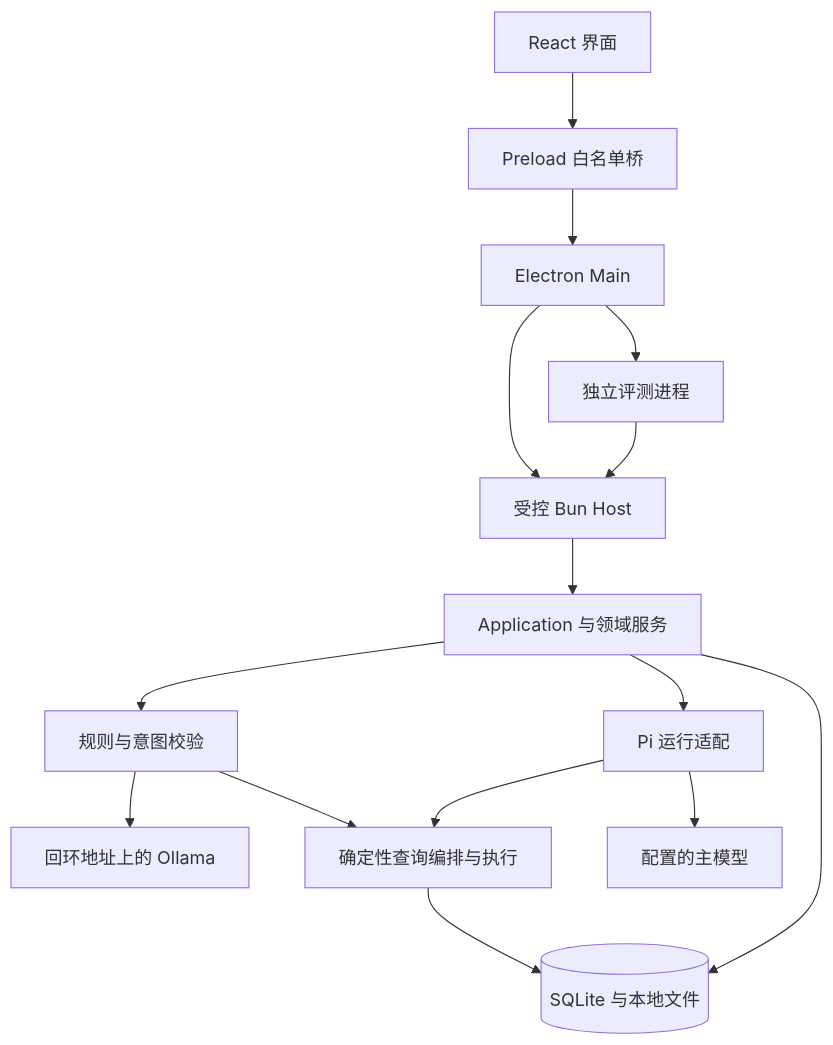
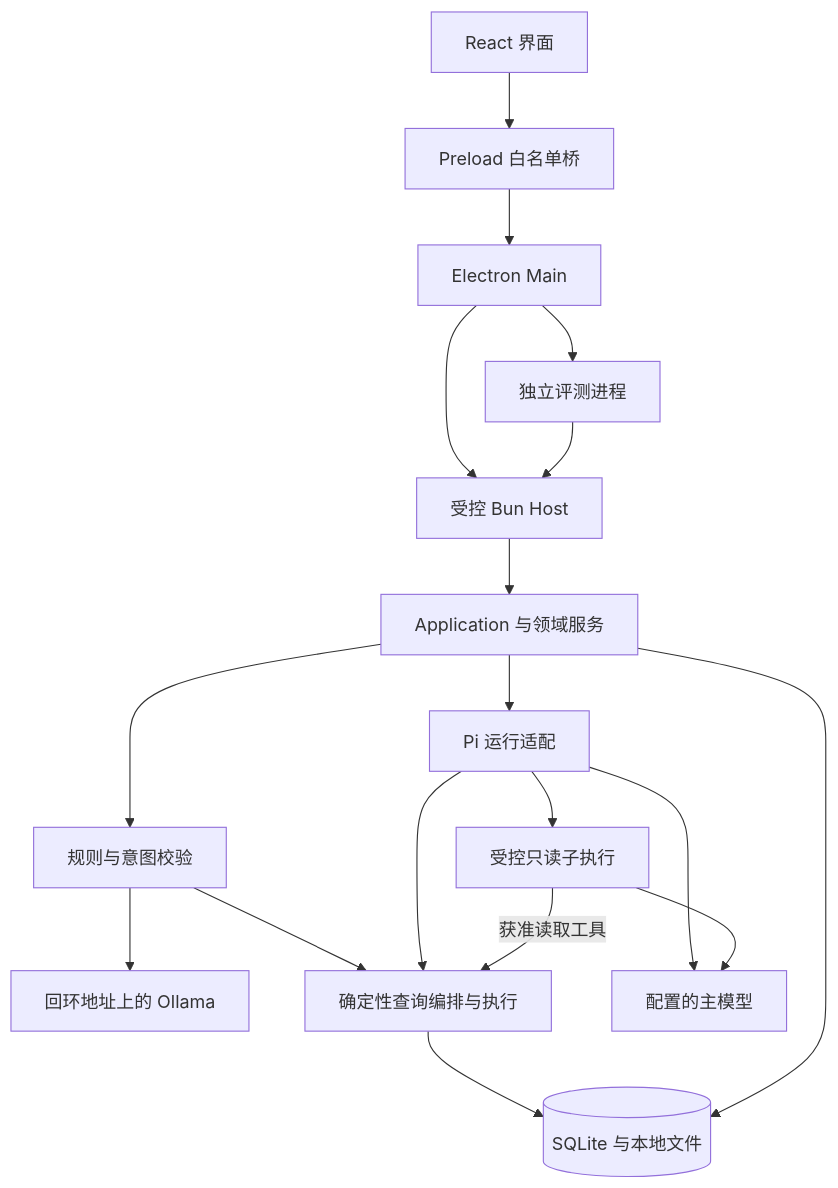
One commit to ChaoDiDiaoAA/MedClaw changed the diagram in docs/architecture/overview.zh-CN.md. Above: the diagram before and after it, drawn with Mermaid. The commit also changed other lines of this file and 91 other files, not shown here.

````diff
--- a/docs/architecture/overview.zh-CN.md
+++ b/docs/architecture/overview.zh-CN.md
@@ -7,17 +7,20 @@
 ```mermaid
 flowchart TD
     UI[React 界面] --> PRE[Preload 白名单桥]
     PRE --> MAIN[Electron Main]
     MAIN --> HOST[受控 Bun Host]
     HOST --> APP[Application 与领域服务]
     APP --> INTENT[规则与意图校验]
     INTENT --> OLLAMA[回环地址上的 Ollama]
     INTENT --> QUERY[确定性查询编排与执行]
     APP --> PI[Pi 运行适配]
     PI --> MODEL[配置的主模型]
     PI --> QUERY
+    PI --> CHILD[受控只读子执行]
+    CHILD --> MODEL
+    CHILD -->|获准读取工具| QUERY
     QUERY --> STORE[(SQLite 与本地文件)]
     APP --> STORE
     MAIN --> EVAL[独立评测进程]
     EVAL --> HOST
 ```
````
